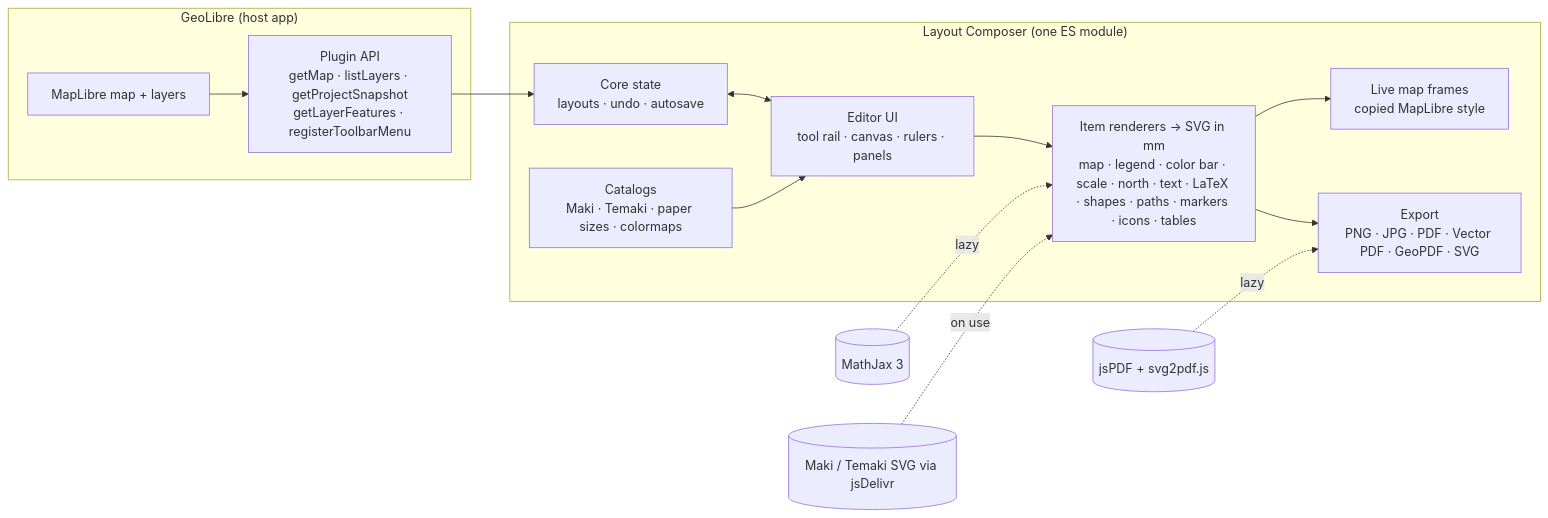
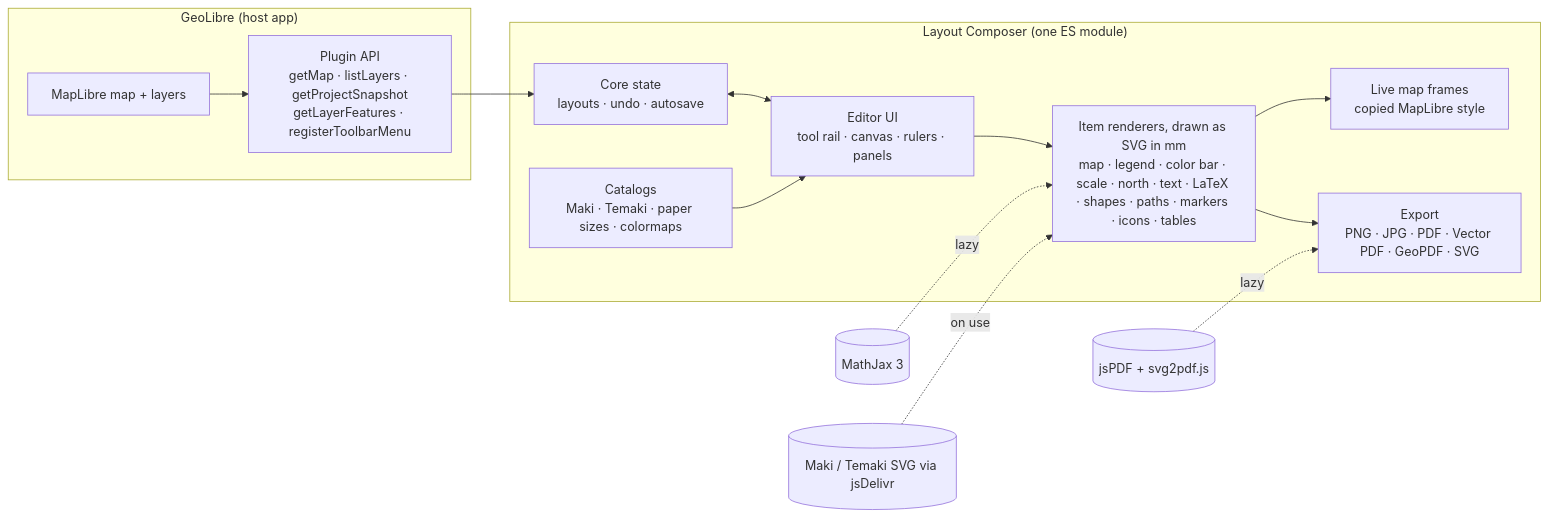
One commit to Defani/Layout-Composer changed the first of 3 diagrams in README.md. Above: the diagram before and after it, drawn with Mermaid. The commit also changed other lines of this file and 22 other files, not shown here.

Commit message:
Group item properties into tabs, section icons, no clipped controls; plain-text README

````diff
--- a/README.md
+++ b/README.md
@@ -103,24 +103,24 @@
 ```mermaid
 flowchart LR
   subgraph Host["GeoLibre (host app)"]
     GL[MapLibre map + layers]
     API["Plugin API<br/>getMap · listLayers · getProjectSnapshot<br/>getLayerFeatures · registerToolbarMenu"]
   end
   subgraph Plugin["Layout Composer (one ES module)"]
     Core[Core state<br/>layouts · undo · autosave]
     UI[Editor UI<br/>tool rail · canvas · rulers · panels]
-    Items[Item renderers → SVG in mm<br/>map · legend · color bar · scale · north · text · LaTeX · shapes · paths · markers · icons · tables]
+    Items[Item renderers, drawn as SVG in mm<br/>map · legend · color bar · scale · north · text · LaTeX · shapes · paths · markers · icons · tables]
     Maps[Live map frames<br/>copied MapLibre style]
     Cat[Catalogs<br/>Maki · Temaki · paper sizes · colormaps]
     Exp[Export<br/>PNG · JPG · PDF · Vector PDF · GeoPDF · SVG]
   end
   GL --> API --> Core
   Core <--> UI
   UI --> Items
   Items --> Maps
   Cat --> UI
   Items --> Exp
   MJ[(MathJax 3)] -.lazy.-> Items
   PDF[(jsPDF + svg2pdf.js)] -.lazy.-> Exp
   ICN[(Maki / Temaki SVG via jsDelivr)] -.on use.-> Items
 ```
````
